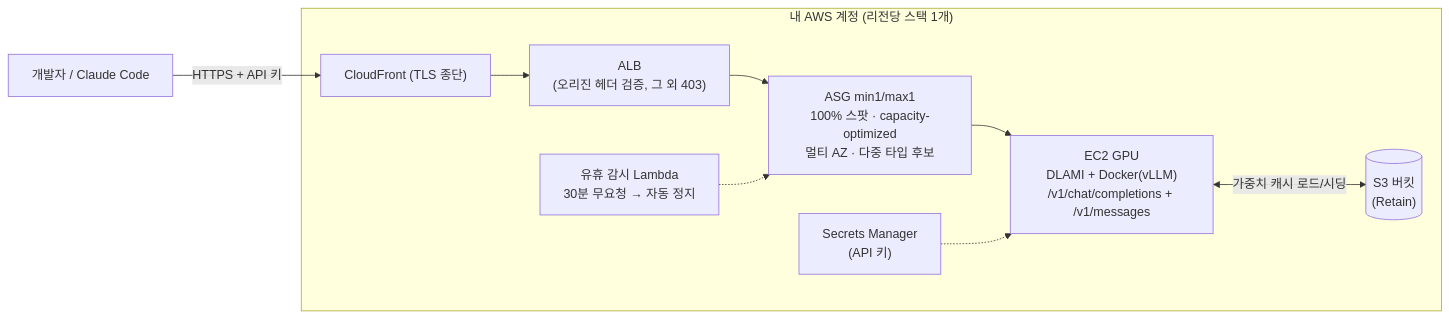
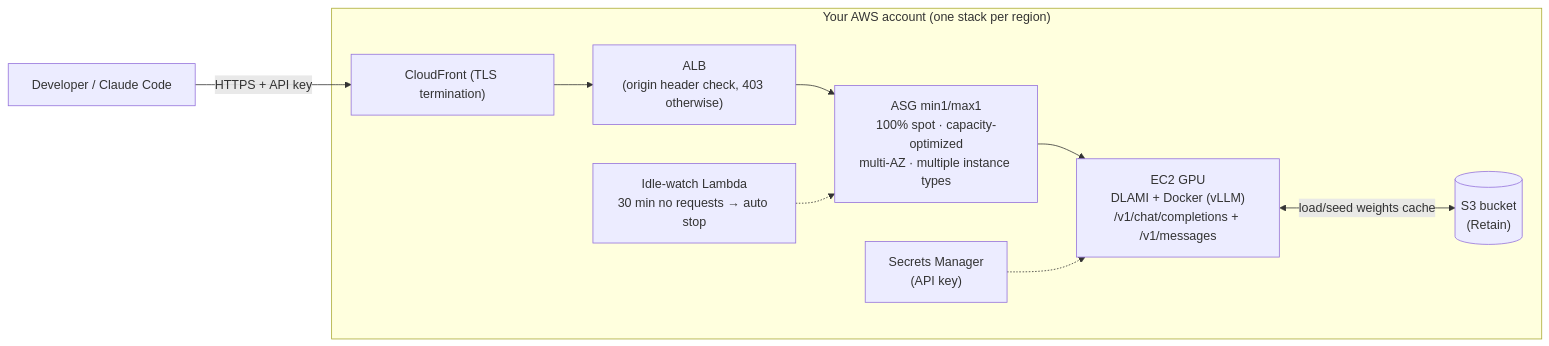
Before and after one commit to roboco-io/token-forge: the diagram in README.md, drawn with Mermaid. The commit also changed other lines of this file and 6 other files, not shown here.

````diff
--- a/README.md
+++ b/README.md
@@ -39,12 +48,12 @@
 ```mermaid
 flowchart LR
-    U["개발자 / Claude Code"] -- "HTTPS + API 키" --> CF
-    subgraph AWS["내 AWS 계정 (리전당 스택 1개)"]
-        CF["CloudFront (TLS 종단)"] --> ALB["ALB<br/>(오리진 헤더 검증, 그 외 403)"]
-        ALB --> ASG["ASG min1/max1<br/>100% 스팟 · capacity-optimized<br/>멀티 AZ · 다중 타입 후보"]
-        ASG --> EC2["EC2 GPU<br/>DLAMI + Docker(vLLM)<br/>/v1/chat/completions + /v1/messages"]
-        EC2 <-- "가중치 캐시 로드/시딩" --> S3[("S3 버킷<br/>(Retain)")]
-        SM["Secrets Manager<br/>(API 키)"] -.-> EC2
-        IDLE["유휴 감시 Lambda<br/>30분 무요청 → 자동 정지"] -.-> ASG
+    U["Developer / Claude Code"] -- "HTTPS + API key" --> CF
+    subgraph AWS["Your AWS account (one stack per region)"]
+        CF["CloudFront (TLS termination)"] --> ALB["ALB<br/>(origin header check, 403 otherwise)"]
+        ALB --> ASG["ASG min1/max1<br/>100% spot · capacity-optimized<br/>multi-AZ · multiple instance types"]
+        ASG --> EC2["EC2 GPU<br/>DLAMI + Docker (vLLM)<br/>/v1/chat/completions + /v1/messages"]
+        EC2 <-- "load/seed weights cache" --> S3[("S3 bucket<br/>(Retain)")]
+        SM["Secrets Manager<br/>(API key)"] -.-> EC2
+        IDLE["Idle-watch Lambda<br/>30 min no requests → auto stop"] -.-> ASG
     end
 ```
````
